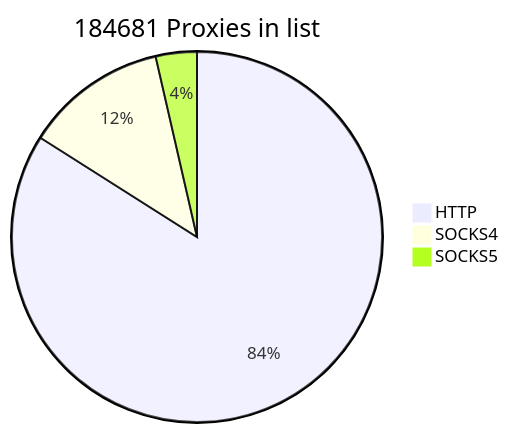
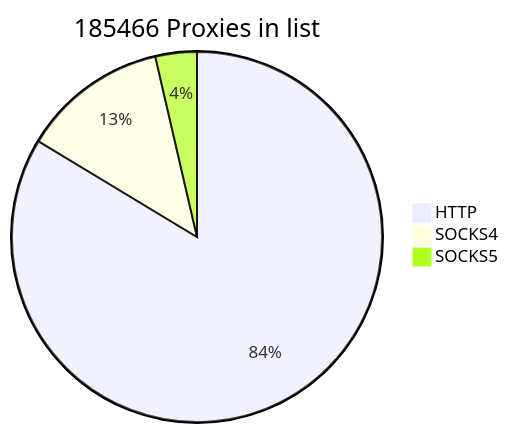
One commit to cutipu/proxylist changed the first of 2 diagrams in README.md. Above: the diagram before and after it, drawn with Mermaid. The commit also changed other lines of this file, not shown here.

````diff
--- a/README.md
+++ b/README.md
@@ -2,7 +2,7 @@
 ```mermaid
-pie title 184681 Proxies in list
-    "HTTP" : 155112
-    "SOCKS4" : 22945
-    "SOCKS5" : 6624
+pie title 185466 Proxies in list
+    "HTTP" : 155136
+    "SOCKS4" : 23618
+    "SOCKS5" : 6712
             
 ```
````
